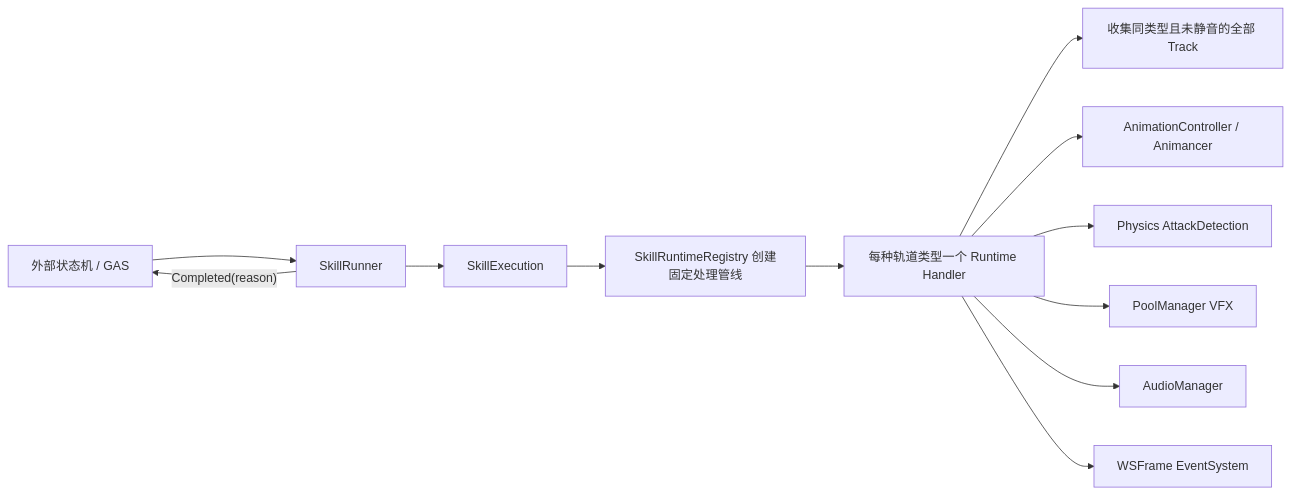
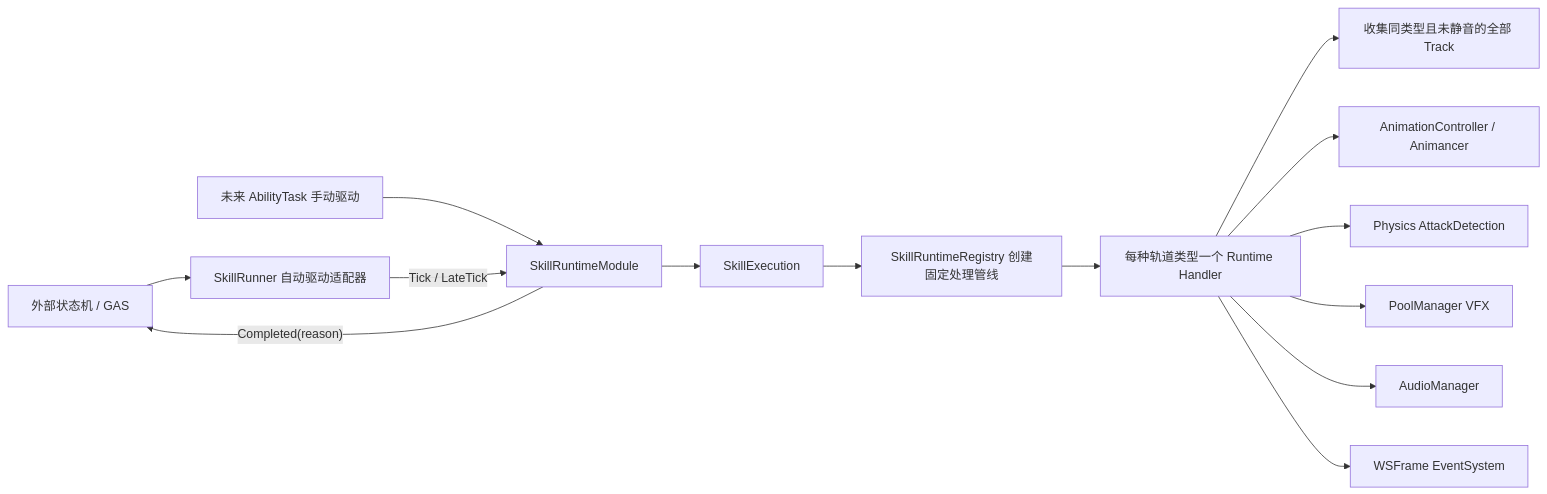
The first of 2 diagrams in Assets/Scripts/SkillSystem/Runtime/SkillRuntime.md (Whitesheeeep/3DRPG), drawn with Mermaid before and after one commit. The commit also changed other lines of this file and 14 other files, not shown here.

Commit message:
1. 优化 SkillSystem 运行时的 Module 组织，让各个自行组装 config

````diff
--- a/Assets/Scripts/SkillSystem/Runtime/SkillRuntime.md
+++ b/Assets/Scripts/SkillSystem/Runtime/SkillRuntime.md
@@ -5,14 +5,16 @@
 ```mermaid
 flowchart LR
-    StateMachine["外部状态机 / GAS"] --> Runner["SkillRunner"]
-    Runner --> Execution["SkillExecution"]
+    StateMachine["外部状态机 / GAS"] --> Runner["SkillRunner 自动驱动适配器"]
+    AbilityTask["未来 AbilityTask 手动驱动"] --> Module["SkillRuntimeModule"]
+    Runner -->|"Tick / LateTick"| Module
+    Module --> Execution["SkillExecution"]
     Execution --> Registry["SkillRuntimeRegistry 创建固定处理管线"]
     Registry --> Handlers["每种轨道类型一个 Runtime Handler"]
     Handlers --> Tracks["收集同类型且未静音的全部 Track"]
     Handlers --> Animation["AnimationController / Animancer"]
     Handlers --> Physics["Physics AttackDetection"]
     Handlers --> Pool["PoolManager VFX"]
     Handlers --> Audio["AudioManager"]
     Handlers --> Events["WSFrame EventSystem"]
-    Runner -->|"Completed(reason)"| StateMachine
+    Module -->|"Completed(reason)"| StateMachine
 ```
````
